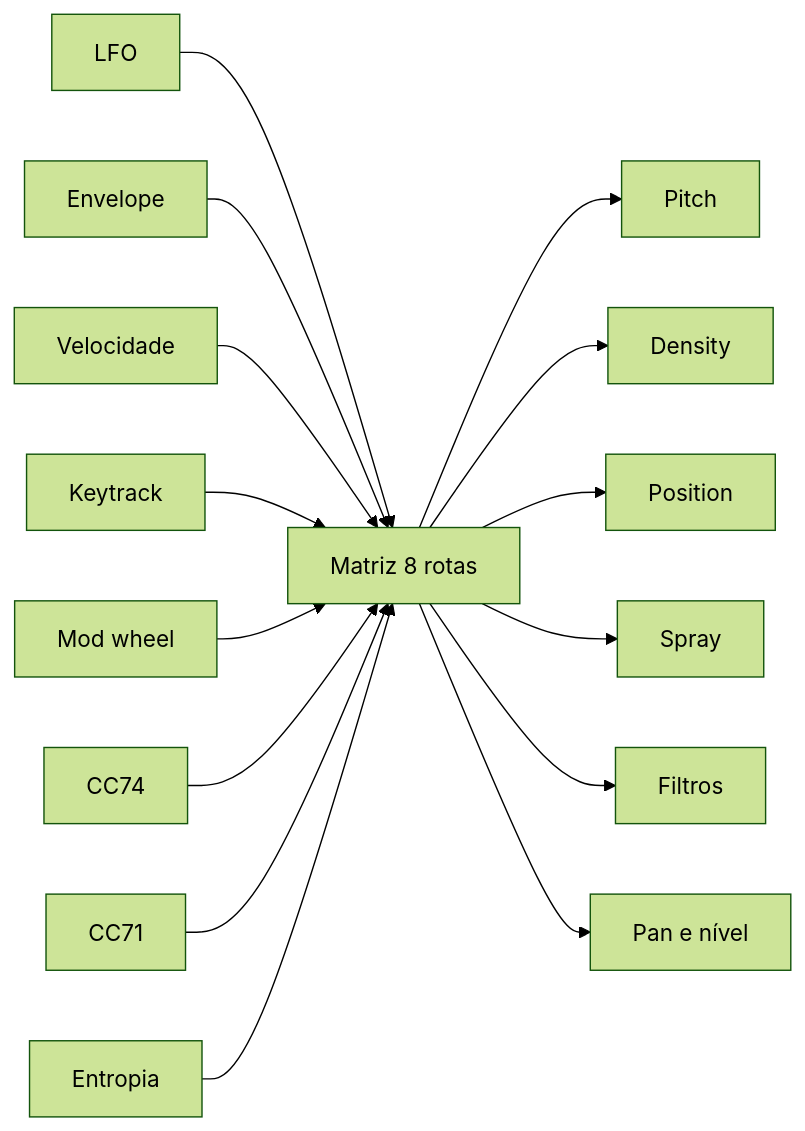
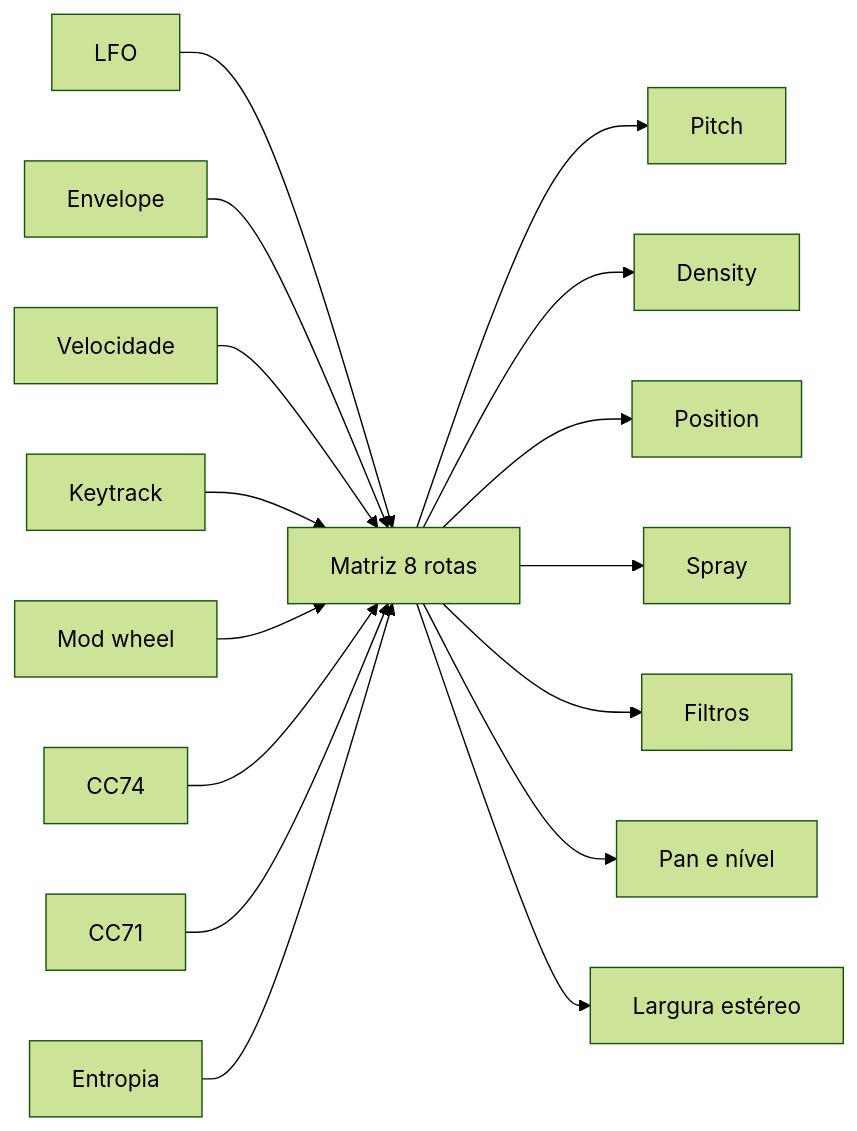
One commit to 9matesu/Opcoda changed the second of 2 diagrams in docs/SOUND_ENGINE.md. Above: the diagram before and after it, drawn with Mermaid (forest theme). The commit also changed other lines of this file and 43 other files, not shown here.

````diff
--- a/docs/SOUND_ENGINE.md
+++ b/docs/SOUND_ENGINE.md
@@ -73,17 +121,18 @@
 ```mermaid
 flowchart LR
   A[LFO] --> M[Matriz 8 rotas]
   B[Envelope] --> M
   C[Velocidade] --> M
   D[Keytrack] --> M
   E[Mod wheel] --> M
   F[CC74] --> M
   G[CC71] --> M
   H[Entropia] --> M
   M --> I[Pitch]
   M --> J[Density]
   M --> K[Position]
   M --> L[Spray]
   M --> N[Filtros]
   M --> O[Pan e nível]
+  M --> P[Largura estéreo]
 ```
````
